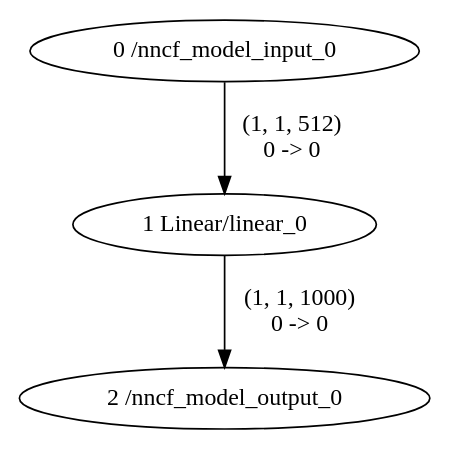
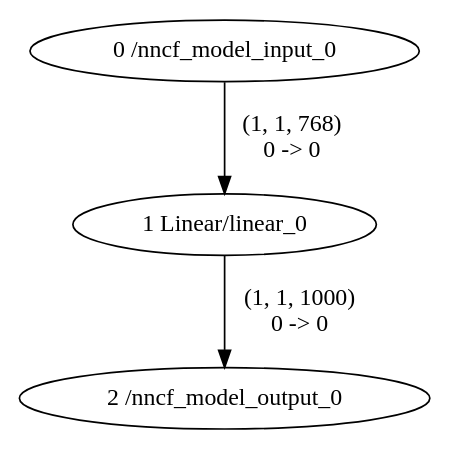
One commit to alexeybelkov/YSDA-CPU-inference changed the diagram in notebooks/original_graph.dot. Above: the diagram before and after it, drawn with Graphviz. The commit also changed 3 other files, not shown here.

```diff
--- a/notebooks/original_graph.dot
+++ b/notebooks/original_graph.dot
@@ -1,7 +1,7 @@
 strict digraph  {
 "0 /nncf_model_input_0";
 "1 Linear/linear_0";
 "2 /nncf_model_output_0";
-"0 /nncf_model_input_0" -> "1 Linear/linear_0"  [label="(1, 1, 512) \n0 -> 0", style=solid];
+"0 /nncf_model_input_0" -> "1 Linear/linear_0"  [label="(1, 1, 768) \n0 -> 0", style=solid];
 "1 Linear/linear_0" -> "2 /nncf_model_output_0"  [label="(1, 1, 1000) \n0 -> 0", style=solid];
 }
```
